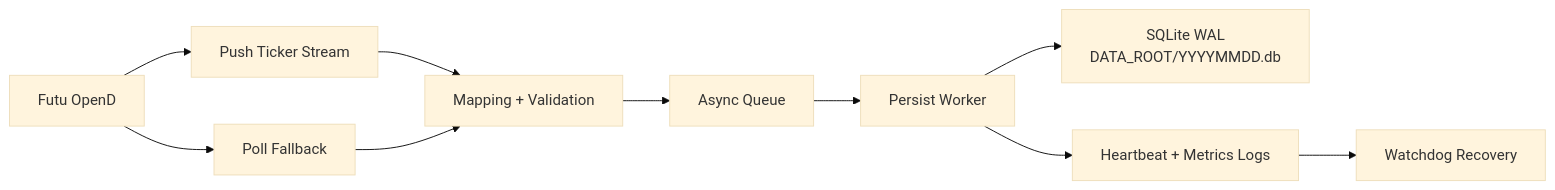
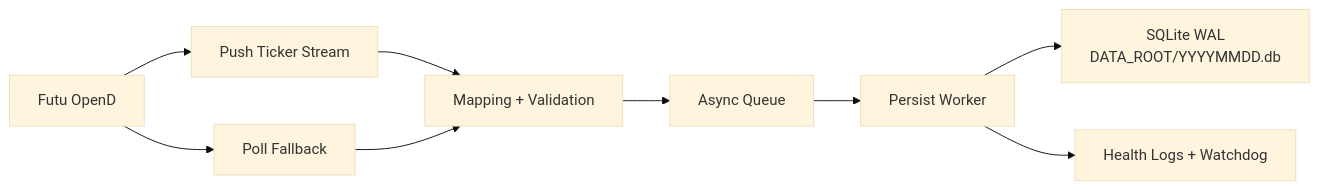
Before and after one commit to billpwchan/futu_tick_downloader: the diagram in README.md, drawn with Mermaid (base theme). The commit also changed other lines of this file and 1 other file, not shown here.

````diff
--- a/README.md
+++ b/README.md
@@ -24,12 +54,11 @@
 ```mermaid
 flowchart LR
     A["Futu OpenD"] --> B["Push Ticker Stream"]
     A --> C["Poll Fallback"]
     B --> D["Mapping + Validation"]
     C --> D
     D --> E["Async Queue"]
     E --> F["Persist Worker"]
     F --> G["SQLite WAL\nDATA_ROOT/YYYYMMDD.db"]
-    F --> H["Heartbeat + Metrics Logs"]
-    H --> I["Watchdog Recovery"]
+    F --> H["Health Logs + Watchdog"]
 ```
````
